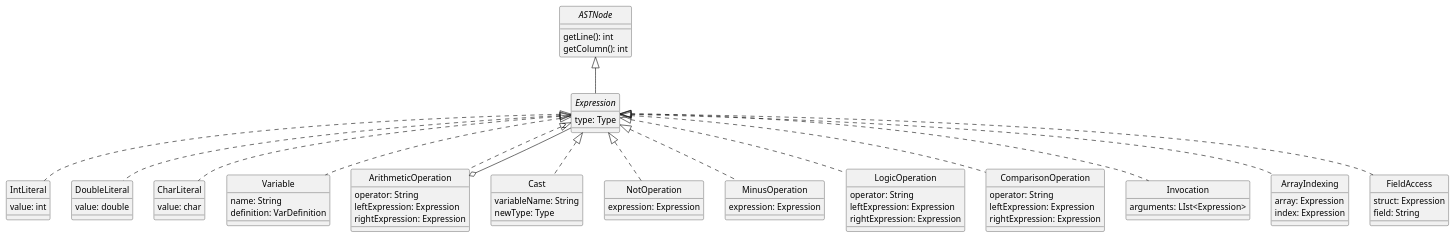
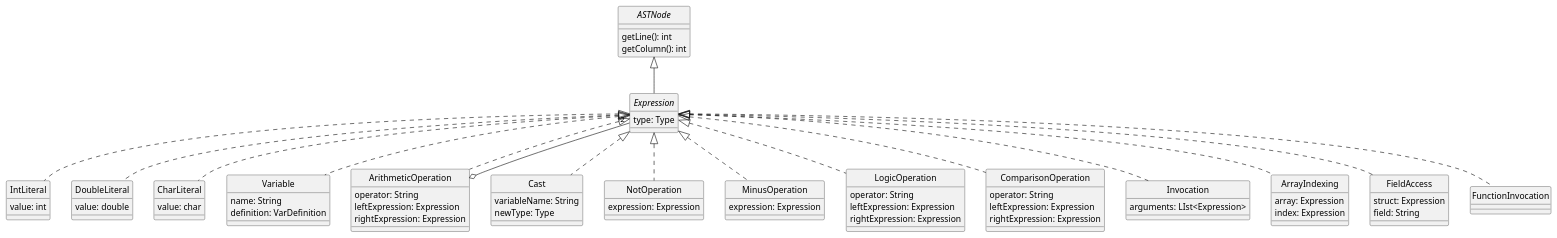
Before and after one commit to DavidGonzalezFernandez/dlp-compiler: the diagram in docs/diagrams/expressions.plantuml, drawn with PlantUML.

Commit message:
Añado invocación de función a los diagramas UML

```diff
--- a/docs/diagrams/expressions.plantuml
+++ b/docs/diagrams/expressions.plantuml
@@ -1,106 +1,114 @@
 @startuml Expressions
 skinparam style strictuml
 skinparam monochrome true
 
 
 interface ASTNode {
     getLine(): int
     getColumn(): int
 }
 
 interface Expression {
     type: Type
 }
 ASTNode <|-- Expression
 
 
 class IntLiteral {
     value: int
 }
 Expression <|.. IntLiteral
 
 
 class DoubleLiteral {
     value: double
 }
 Expression <|.. DoubleLiteral
 
 
 class CharLiteral {
     value: char
 }
 Expression <|.. CharLiteral
 
 
 class Variable {
     name: String
     definition: VarDefinition
 }
 Expression <|.. Variable
 
 
 class ArithmeticOperation {
     operator: String
     leftExpression: Expression
     rightExpression: Expression
 }
 Expression <|.. ArithmeticOperation
 ArithmeticOperation o-- "2" Expression
 
 
 ' La conversión explícita a tipos simples se podrá realizar usando la palabra clave as
 class Cast {
     variableName: String
     newType: Type   /'Tiene que ser de tipo simple'/
 }
 Expression <|.. Cast
 
 
 ' Las operaciones NOT y MINUS no se ponen en la misma clase
 class NotOperation {
     ' No necesita especificar el operador
     expression: Expression
 }
 Expression <|.. NotOperation
 
 class MinusOperation {
     ' No necesita especificar el operador
     expression: Expression
 }
 Expression <|.. MinusOperation
 
 ' Operaciones de comparación y lógicas no son iguales
 class LogicOperation {
     operator: String
     leftExpression: Expression
     rightExpression: Expression
 }
 Expression <|.. LogicOperation
 
 class ComparisonOperation {
     operator: String
     leftExpression: Expression
     rightExpression: Expression
 }
 Expression <|.. ComparisonOperation
 
 class Invocation {
     arguments: LIst<Expression>
 }
 Expression <|.. Invocation
 
 
 class ArrayIndexing {
     array: Expression       /'TODO qué tipo es'/
     index: Expression
 }
 Expression <|.. ArrayIndexing
 
 class FieldAccess {
     struct: Expression      /'TODO qué tipo es'/
     field: String
 }
 Expression <|.. FieldAccess
 
+' Una función puede no devolver nada, tiene tipo de retorno Void
+' Se puede invocar a una función y no almacenar lo que devuelve
+' Sea como sea, devuelve algo, así que es una expresión
+class FunctionInvocation {
+    'TODO ¿qué necesita dentro?
+}
+Expression <|.. FunctionInvocation
+
 
 @enduml
```
